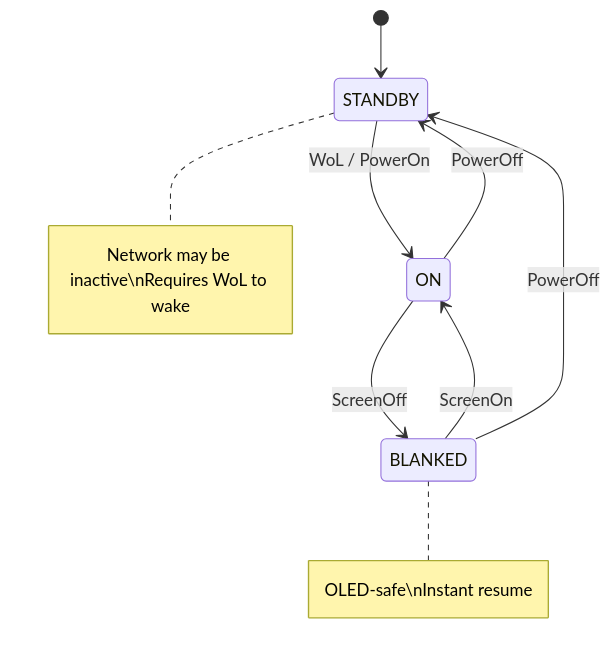
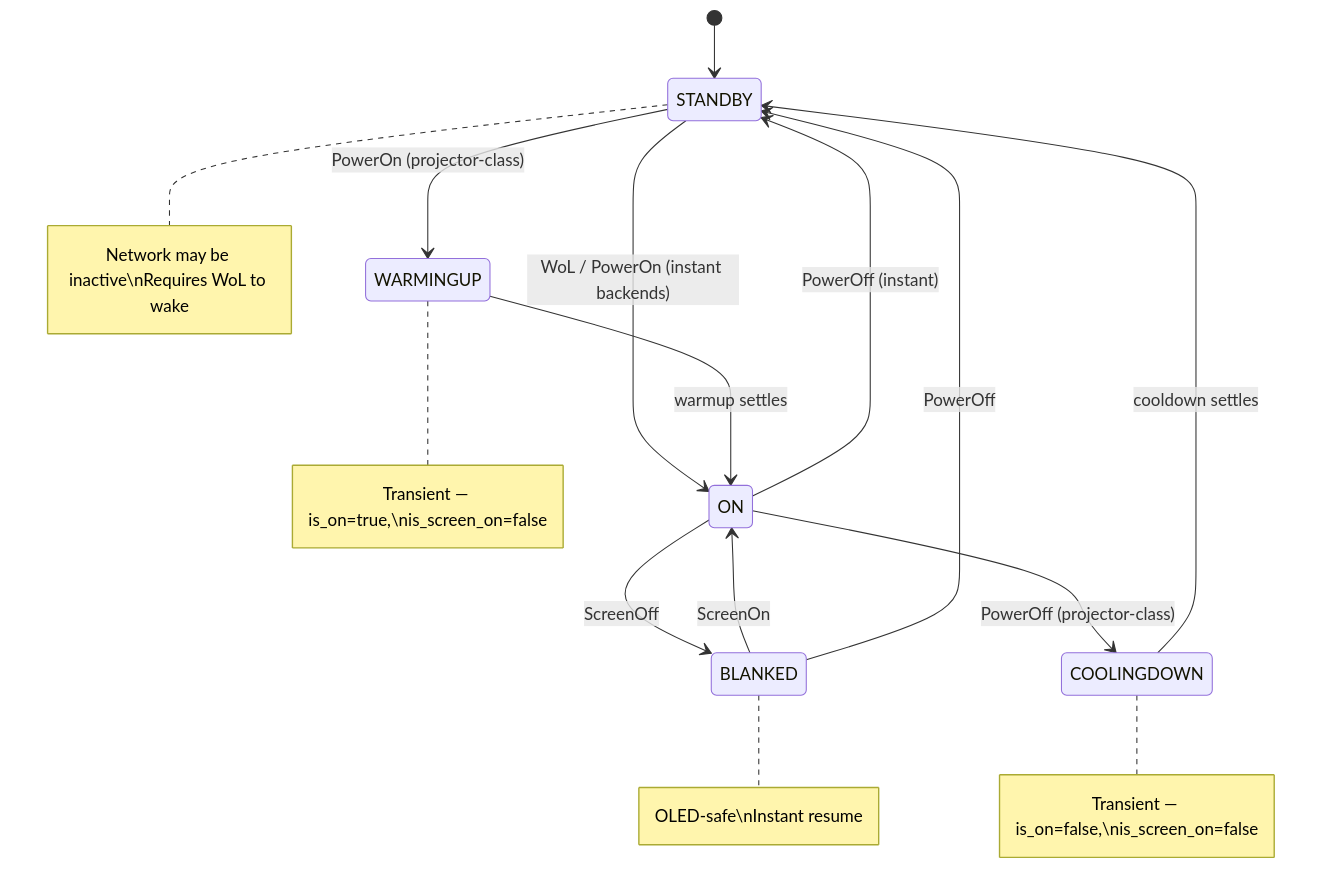
One commit to TisVlay/TisVlay changed the fourth of 4 diagrams in docs/design.md. Above: the diagram before and after it, drawn with Mermaid. The commit also changed other lines of this file and 22 other files, not shown here.

First line of the commit message:
Vendor-agnostic improvements: power-state model, poll-only backends, shared WoL helper (#74)

````diff
--- a/docs/design.md
+++ b/docs/design.md
@@ -612,12 +612,18 @@
 ```mermaid
 stateDiagram-v2
     [*] --> STANDBY
-    STANDBY --> ON : WoL / PowerOn
+    STANDBY --> ON : WoL / PowerOn (instant backends)
+    STANDBY --> WARMINGUP : PowerOn (projector-class)
+    WARMINGUP --> ON : warmup settles
     ON --> BLANKED : ScreenOff
     BLANKED --> ON : ScreenOn
-    ON --> STANDBY : PowerOff
+    ON --> STANDBY : PowerOff (instant)
+    ON --> COOLINGDOWN : PowerOff (projector-class)
     BLANKED --> STANDBY : PowerOff
+    COOLINGDOWN --> STANDBY : cooldown settles
 
     note right of BLANKED : OLED-safe\nInstant resume
     note right of STANDBY : Network may be inactive\nRequires WoL to wake
+    note right of WARMINGUP : Transient — is_on=true,\nis_screen_on=false
+    note right of COOLINGDOWN : Transient — is_on=false,\nis_screen_on=false
 ```
````
